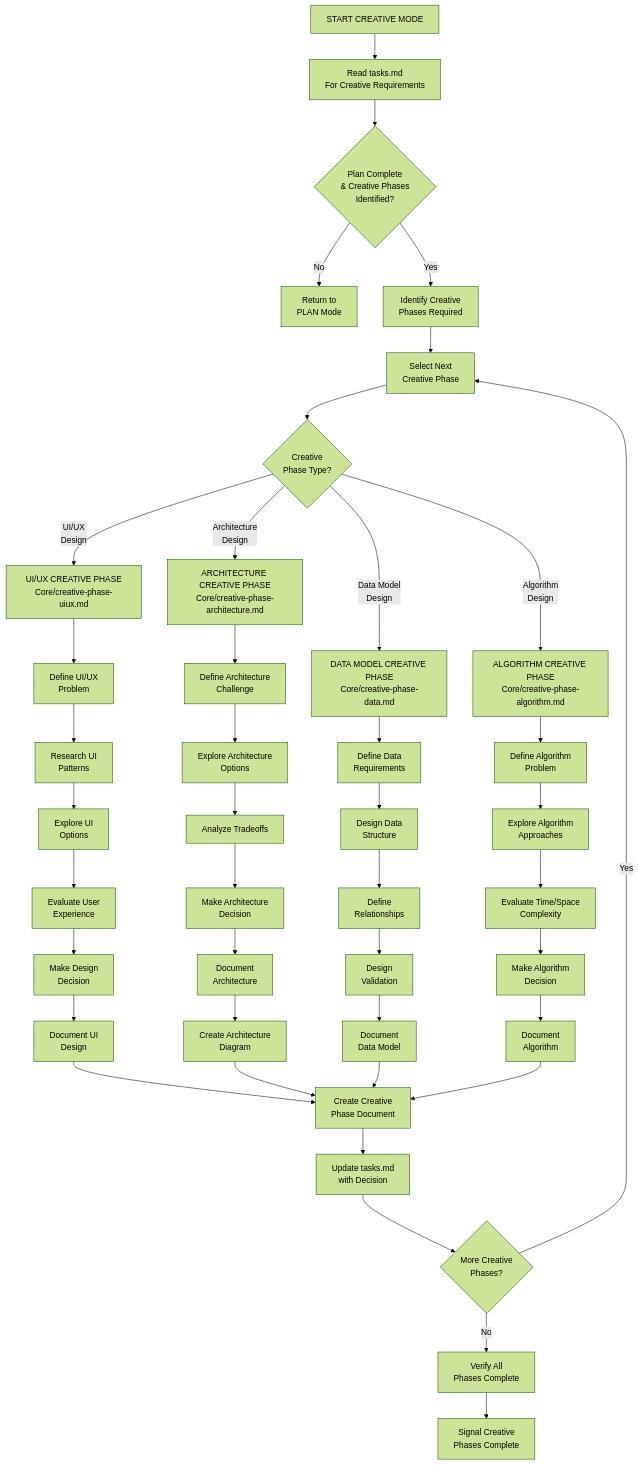
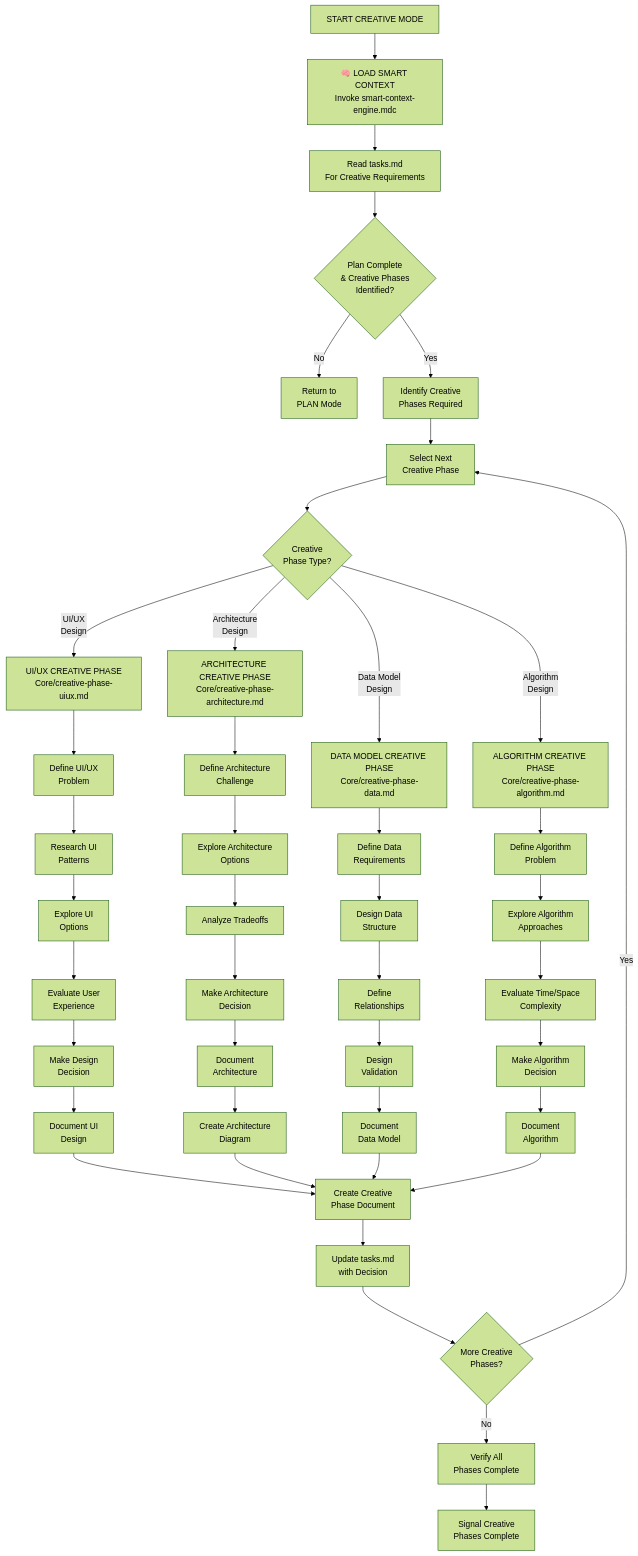
The first of 4 diagrams in .cursor/rules/isolation_rules/visual-maps/creative-mode-map.mdc (joshmac007/fbo-launchpad-backend), drawn with Mermaid (forest theme) before and after one commit. The commit also changed other lines of this file and 986 other files, not shown here.

````diff
--- a/.cursor/rules/isolation_rules/visual-maps/creative-mode-map.mdc
+++ b/.cursor/rules/isolation_rules/visual-maps/creative-mode-map.mdc
@@ -13,57 +12,58 @@
 ```mermaid
 graph TD
-    Start["START CREATIVE MODE"] --> ReadTasks["Read tasks.md<br>For Creative Requirements"]
+    Start["START CREATIVE MODE"] --> SmartContextLoad["🧠 LOAD SMART CONTEXT<br>Invoke smart-context-engine.mdc"]
+    SmartContextLoad --> ReadTasks["Read tasks.md<br>For Creative Requirements"]
     
     %% Initial Assessment
     ReadTasks --> VerifyPlan{"Plan Complete<br>& Creative Phases<br>Identified?"}
     VerifyPlan -->|"No"| ReturnPlan["Return to<br>PLAN Mode"]
     VerifyPlan -->|"Yes"| IdentifyPhases["Identify Creative<br>Phases Required"]
     
     %% Creative Phase Selection
     IdentifyPhases --> SelectPhase["Select Next<br>Creative Phase"]
     SelectPhase --> PhaseType{"Creative<br>Phase Type?"}
     
     %% Creative Phase Types
     PhaseType -->|"UI/UX<br>Design"| UIPhase["UI/UX CREATIVE PHASE<br>Core/creative-phase-uiux.md"]
     PhaseType -->|"Architecture<br>Design"| ArchPhase["ARCHITECTURE CREATIVE PHASE<br>Core/creative-phase-architecture.md"]
     PhaseType -->|"Data Model<br>Design"| DataPhase["DATA MODEL CREATIVE PHASE<br>Core/creative-phase-data.md"]
     PhaseType -->|"Algorithm<br>Design"| AlgoPhase["ALGORITHM CREATIVE PHASE<br>Core/creative-phase-algorithm.md"]
     
     %% UI/UX Creative Phase
     UIPhase --> UI_Problem["Define UI/UX<br>Problem"]
     UI_Problem --> UI_Research["Research UI<br>Patterns"]
     UI_Research --> UI_Options["Explore UI<br>Options"]
     UI_Options --> UI_Evaluate["Evaluate User<br>Experience"]
     UI_Evaluate --> UI_Decision["Make Design<br>Decision"]
     UI_Decision --> UI_Document["Document UI<br>Design"]
     
     %% Architecture Creative Phase
     ArchPhase --> Arch_Problem["Define Architecture<br>Challenge"]
     Arch_Problem --> Arch_Options["Explore Architecture<br>Options"]
     Arch_Options --> Arch_Analyze["Analyze Tradeoffs"]
     Arch_Analyze --> Arch_Decision["Make Architecture<br>Decision"]
     Arch_Decision --> Arch_Document["Document<br>Architecture"]
     Arch_Document --> Arch_Diagram["Create Architecture<br>Diagram"]
     
     %% Data Model Creative Phase
     DataPhase --> Data_Requirements["Define Data<br>Requirements"]
     Data_Requirements --> Data_Structure["Design Data<br>Structure"]
     Data_Structure --> Data_Relations["Define<br>Relationships"]
     Data_Relations --> Data_Validation["Design<br>Validation"]
     Data_Validation --> Data_Document["Document<br>Data Model"]
     
     %% Algorithm Creative Phase
     AlgoPhase --> Algo_Problem["Define Algorithm<br>Problem"]
     Algo_Problem --> Algo_Options["Explore Algorithm<br>Approaches"]
     Algo_Options --> Algo_Evaluate["Evaluate Time/Space<br>Complexity"]
     Algo_Evaluate --> Algo_Decision["Make Algorithm<br>Decision"]
     Algo_Decision --> Algo_Document["Document<br>Algorithm"]
     
     %% Documentation & Completion
     UI_Document & Arch_Diagram & Data_Document & Algo_Document --> CreateDoc["Create Creative<br>Phase Document"]
     CreateDoc --> UpdateTasks["Update tasks.md<br>with Decision"]
     UpdateTasks --> MorePhases{"More Creative<br>Phases?"}
     MorePhases -->|"Yes"| SelectPhase
     MorePhases -->|"No"| VerifyComplete["Verify All<br>Phases Complete"]
     VerifyComplete --> NotifyComplete["Signal Creative<br>Phases Complete"]
 ```
````
